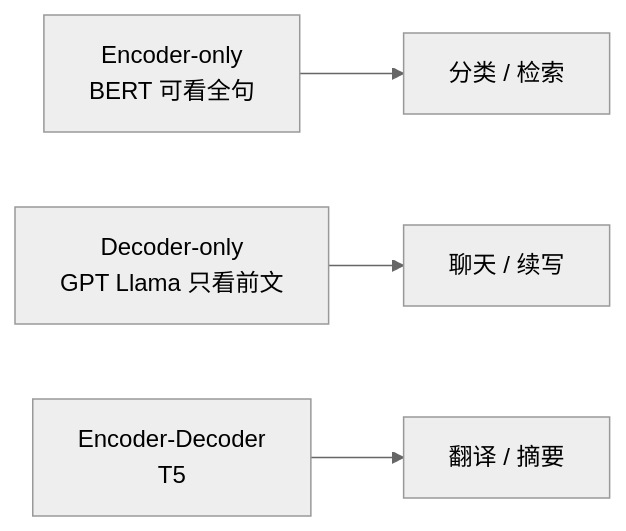
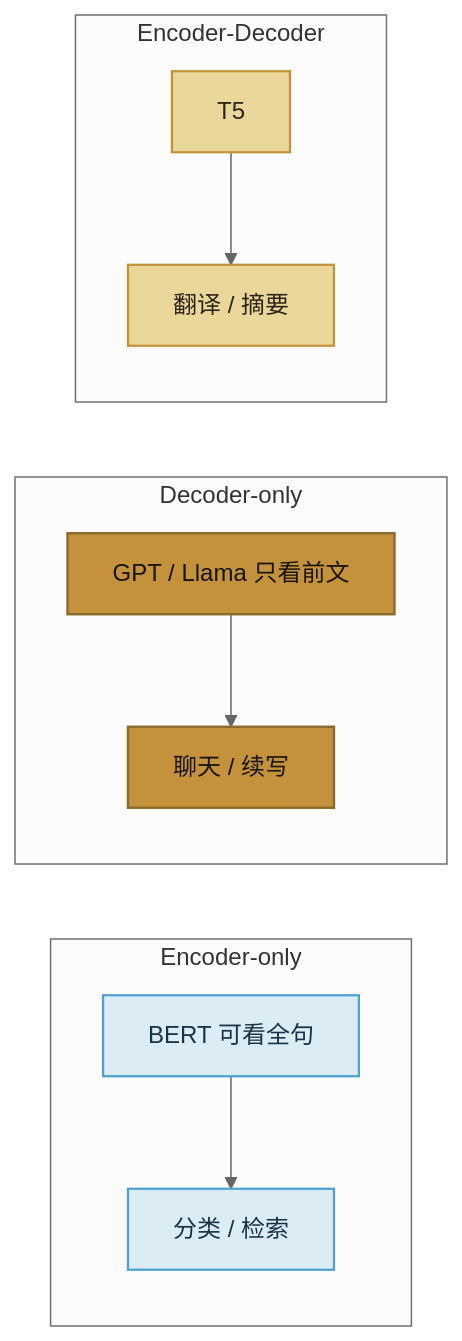
Before and after one commit to xiangel/llm-inference-course: the second of 2 diagrams in src/content/docs/01-transformer/02-transformer-inference.mdx, drawn with Mermaid (neutral theme). The commit also changed other lines of this file and 9 other files, not shown here.

First line of the commit message:
Restyle architecture diagrams to match the book palette

````diff
--- a/src/content/docs/01-transformer/02-transformer-inference.mdx
+++ b/src/content/docs/01-transformer/02-transformer-inference.mdx
@@ -113,6 +129,21 @@
 ```mermaid
 flowchart LR
-  Enc["Encoder-only<br/>BERT 可看全句"] --> Task1["分类 / 检索"]
-  Dec["Decoder-only<br/>GPT Llama 只看前文"] --> Task2["聊天 / 续写"]
-  ED["Encoder-Decoder<br/>T5"] --> Task3["翻译 / 摘要"]
+  classDef enc fill:#dcecf5,stroke:#4ea1d3,color:#1a3344,stroke-width:1.5px
+  classDef dec fill:#c4923a,stroke:#8a6a2e,color:#171410,stroke-width:1.6px
+  classDef ed fill:#ead89a,stroke:#c4923a,color:#2c2416,stroke-width:1.5px
+
+  subgraph Enc["Encoder-only"]
+    direction TB
+    E1["BERT 可看全句"]:::enc --> T1["分类 / 检索"]:::enc
+  end
+
+  subgraph Dec["Decoder-only"]
+    direction TB
+    D1["GPT / Llama 只看前文"]:::dec --> T2["聊天 / 续写"]:::dec
+  end
+
+  subgraph ED["Encoder-Decoder"]
+    direction TB
+    ED1["T5"]:::ed --> T3["翻译 / 摘要"]:::ed
+  end
 ```
````
